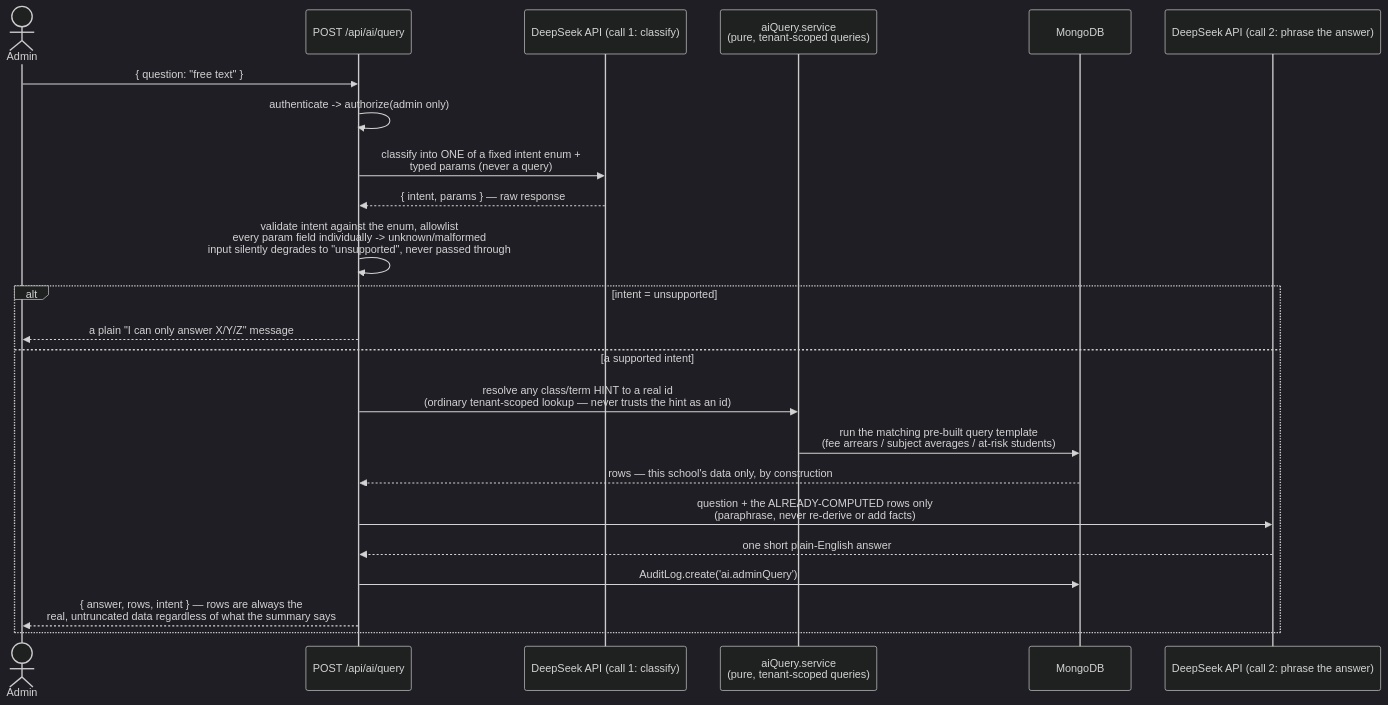
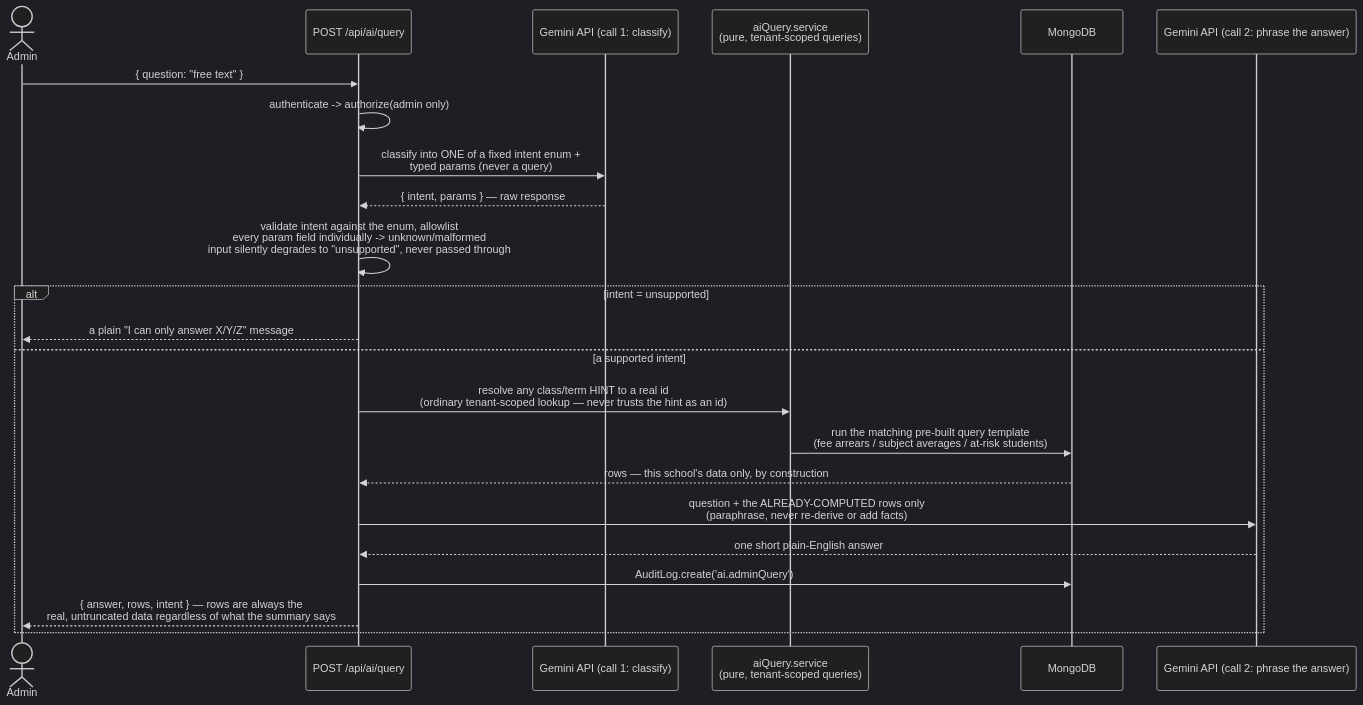
Before and after one commit to JuvelynSackey/school-management-system: diagram 23 of 26 in ARCHITECTURE.md, drawn with Mermaid (dark theme). The commit also changed other lines of this file and 8 other files, not shown here.

````diff
--- a/ARCHITECTURE.md
+++ b/ARCHITECTURE.md
@@ -743,26 +743,26 @@
 ```mermaid
 sequenceDiagram
     actor A as Admin
     participant API as POST /api/ai/query
-    participant AI as DeepSeek API (call 1: classify)
+    participant AI as Gemini API (call 1: classify)
     participant AQ as aiQuery.service<br/>(pure, tenant-scoped queries)
     participant DB as MongoDB
-    participant AI2 as DeepSeek API (call 2: phrase the answer)
+    participant AI2 as Gemini API (call 2: phrase the answer)
 
     A->>API: { question: "free text" }
     API->>API: authenticate -> authorize(admin only)
     API->>AI: classify into ONE of a fixed intent enum +<br/>typed params (never a query)
     AI-->>API: { intent, params } — raw response
     API->>API: validate intent against the enum, allowlist<br/>every param field individually -> unknown/malformed<br/>input silently degrades to "unsupported", never passed through
     alt intent = unsupported
         API-->>A: a plain "I can only answer X/Y/Z" message
     else a supported intent
         API->>AQ: resolve any class/term HINT to a real id<br/>(ordinary tenant-scoped lookup — never trusts the hint as an id)
         AQ->>DB: run the matching pre-built query template<br/>(fee arrears / subject averages / at-risk students)
         DB-->>API: rows — this school's data only, by construction
         API->>AI2: question + the ALREADY-COMPUTED rows only<br/>(paraphrase, never re-derive or add facts)
         AI2-->>API: one short plain-English answer
         API->>DB: AuditLog.create('ai.adminQuery')
         API-->>A: { answer, rows, intent } — rows are always the<br/>real, untruncated data regardless of what the summary says
     end
 ```
````
